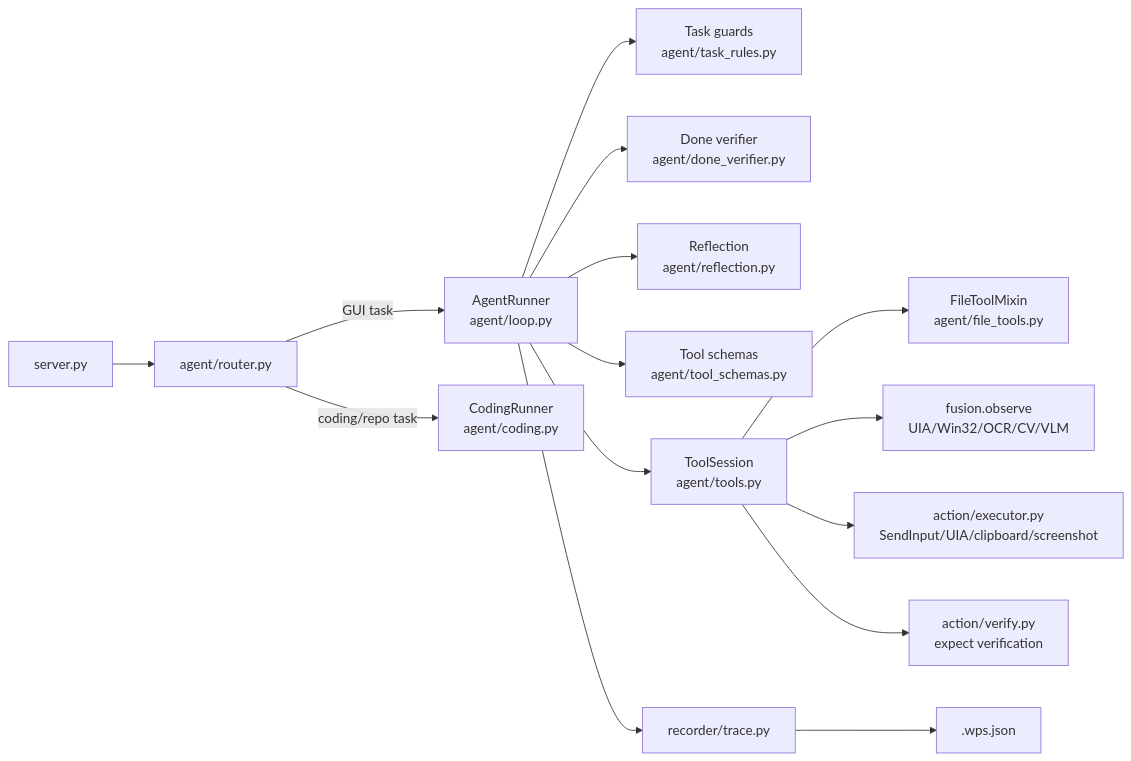
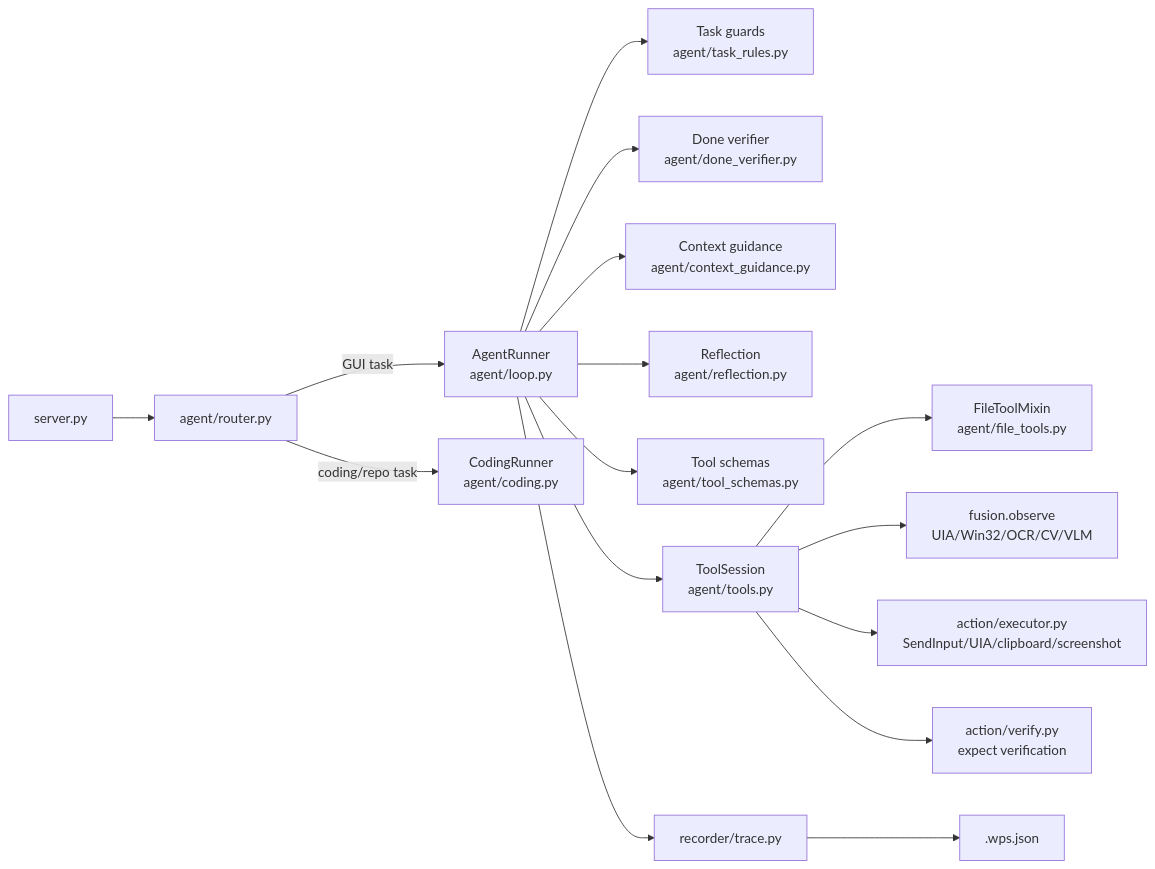
One commit to zoujiapeng/lingdong-script changed the second of 2 diagrams in docs/architecture.md. Above: the diagram before and after it, drawn with Mermaid. The commit also changed other lines of this file and 9 other files, not shown here.

Commit message:
refactor: split context guidance

````diff
--- a/docs/architecture.md
+++ b/docs/architecture.md
@@ -40,17 +40,18 @@
 ```mermaid
 flowchart LR
     server["server.py"] --> router["agent/router.py"]
     router -->|"GUI task"| loop["AgentRunner<br/>agent/loop.py"]
     router -->|"coding/repo task"| coding["CodingRunner<br/>agent/coding.py"]
     loop --> rules["Task guards<br/>agent/task_rules.py"]
     loop --> donev["Done verifier<br/>agent/done_verifier.py"]
+    loop --> context["Context guidance<br/>agent/context_guidance.py"]
     loop --> reflect["Reflection<br/>agent/reflection.py"]
     loop --> schemas["Tool schemas<br/>agent/tool_schemas.py"]
     loop --> tools["ToolSession<br/>agent/tools.py"]
     tools --> filetools["FileToolMixin<br/>agent/file_tools.py"]
     tools --> fusion["fusion.observe<br/>UIA/Win32/OCR/CV/VLM"]
     tools --> action["action/executor.py<br/>SendInput/UIA/clipboard/screenshot"]
     tools --> verify["action/verify.py<br/>expect verification"]
     loop --> recorder["recorder/trace.py"]
     recorder --> wps[".wps.json"]
 ```
````
